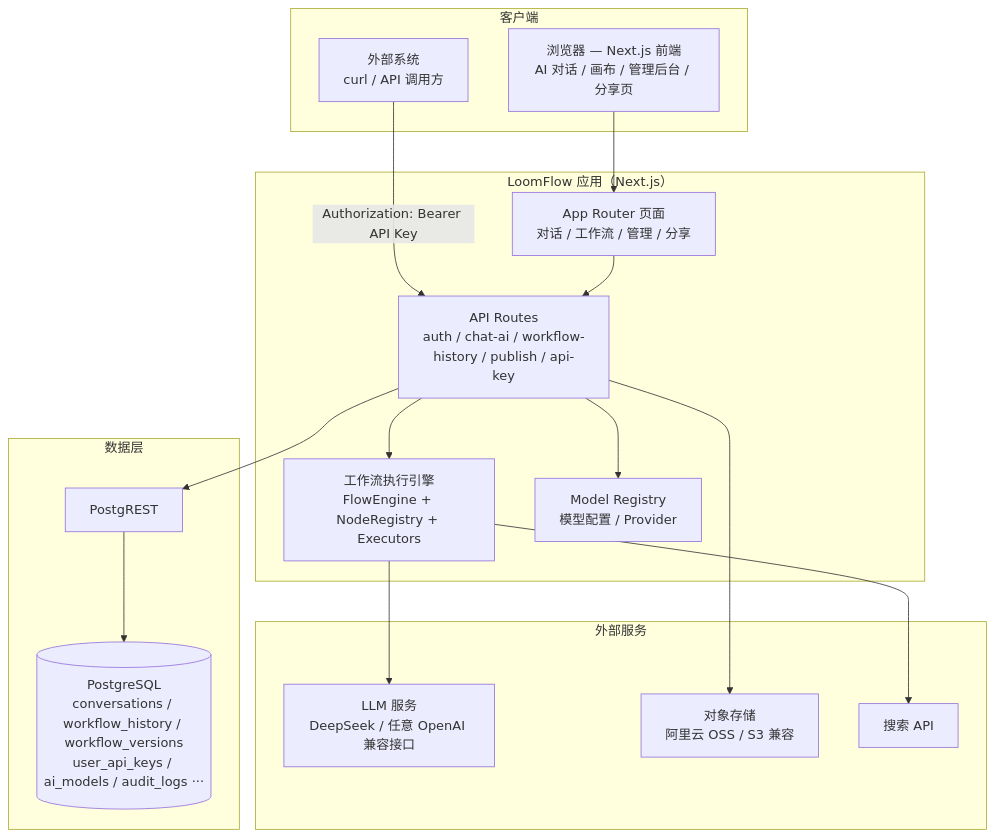
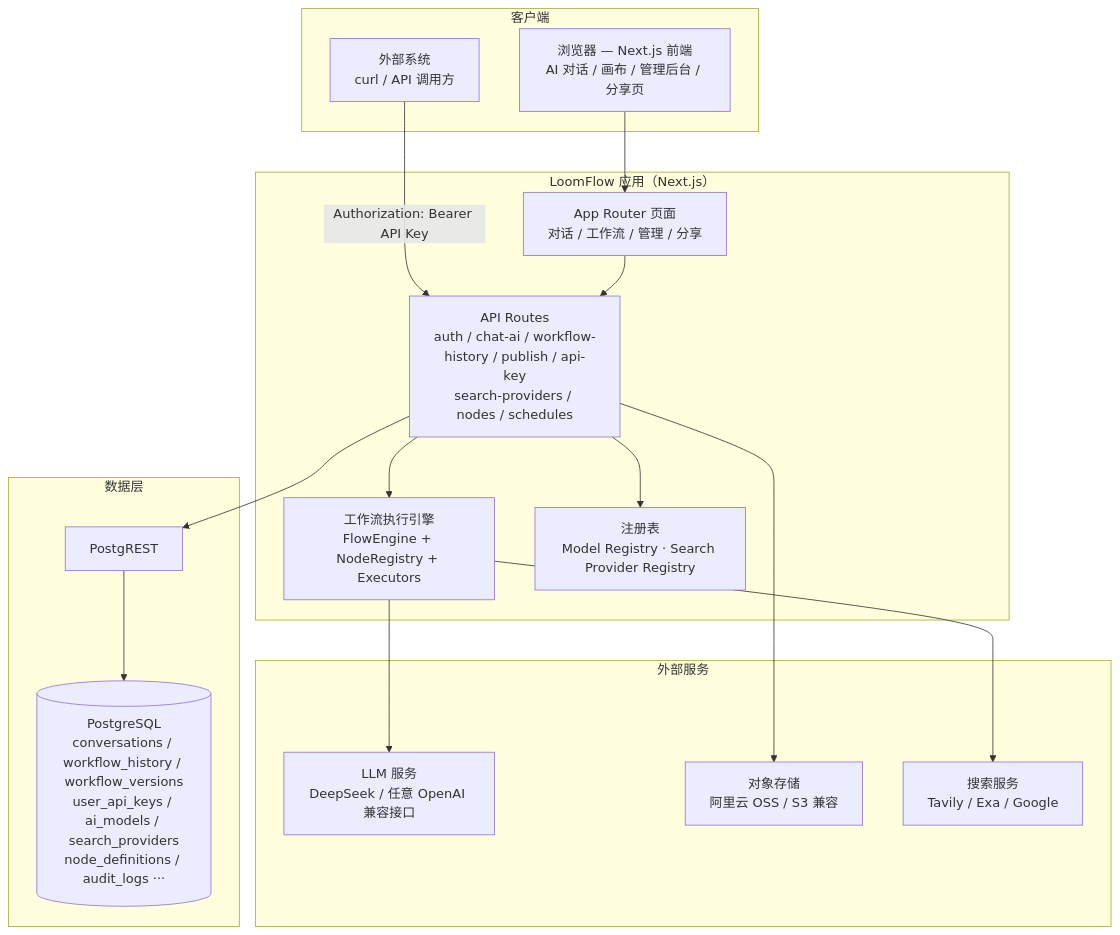
The first of 2 diagrams in README.zh-CN.md (banmu123/LoomFlow), drawn with Mermaid before and after one commit. The commit also changed other lines of this file and 1 other file, not shown here.

Commit message:
docs: README 全面同步 v0.1.5 现状——节点数 10→12、部署方式改 Docker Compose、架构图补 Search Registry/migration、目录结构补 search/agent/secrets、SQL 清单补全 8 个文件、health 示例 v0.1.5、删 Drizzle 描述

````diff
--- a/README.zh-CN.md
+++ b/README.zh-CN.md
@@ -88,35 +88,35 @@
 ```mermaid
 flowchart TB
     subgraph Client["客户端"]
         Browser["浏览器 — Next.js 前端<br/>AI 对话 / 画布 / 管理后台 / 分享页"]
         External["外部系统<br/>curl / API 调用方"]
     end
 
     subgraph App["LoomFlow 应用（Next.js）"]
         UI["App Router 页面<br/>对话 / 工作流 / 管理 / 分享"]
-        API["API Routes<br/>auth / chat-ai / workflow-history / publish / api-key"]
+        API["API Routes<br/>auth / chat-ai / workflow-history / publish / api-key<br/>search-providers / nodes / schedules"]
         Engine["工作流执行引擎<br/>FlowEngine + NodeRegistry + Executors"]
-        Registry["Model Registry<br/>模型配置 / Provider"]
+        Registry["注册表<br/>Model Registry · Search Provider Registry"]
     end
 
     subgraph Data["数据层"]
         PostgREST["PostgREST"]
-        PG[("PostgreSQL<br/>conversations / workflow_history / workflow_versions<br/>user_api_keys / ai_models / audit_logs ···")]
+        PG[("PostgreSQL<br/>conversations / workflow_history / workflow_versions<br/>user_api_keys / ai_models / search_providers<br/>node_definitions / audit_logs ···")]
     end
 
     subgraph ExternalSvc["外部服务"]
         LLM["LLM 服务<br/>DeepSeek / 任意 OpenAI 兼容接口"]
         OSS["对象存储<br/>阿里云 OSS / S3 兼容"]
-        Search["搜索 API"]
+        Search["搜索服务<br/>Tavily / Exa / Google"]
     end
 
     Browser --> UI
     External -->|"Authorization: Bearer API Key"| API
     UI --> API
     API --> Engine
     API --> Registry
     API --> PostgREST --> PG
     Engine --> LLM
     Engine --> Search
     API --> OSS
 ```
````
